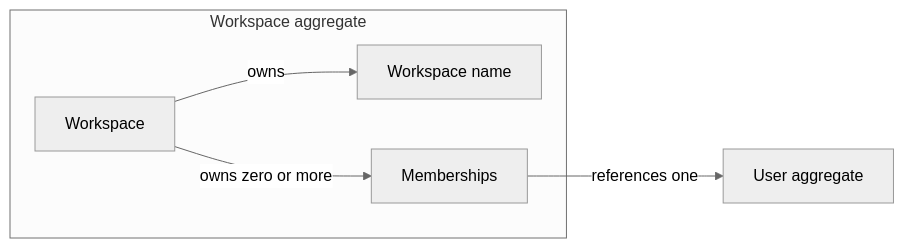
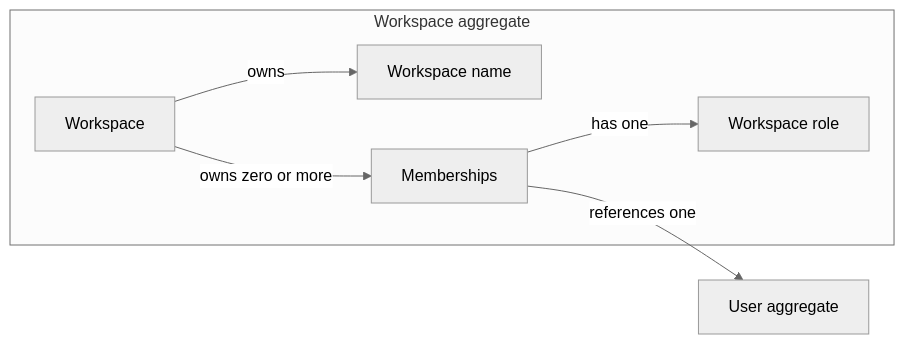
The diagram in docs/domain/workspaces.md (radynsade/faryengo), drawn with Mermaid (neutral theme) before and after one commit. The commit also changed other lines of this file and 30 other files, not shown here.

````diff
--- a/docs/domain/workspaces.md
+++ b/docs/domain/workspaces.md
@@ -17,8 +21,9 @@
 ```mermaid
 flowchart LR
     subgraph WorkspaceAggregate[Workspace aggregate]
         Workspace[Workspace] -->|owns| Name[Workspace name]
         Workspace -->|owns zero or more| Membership[Memberships]
+        Membership -->|has one| Role[Workspace role]
     end
     Membership -->|references one| User[User aggregate]
 ```
````
